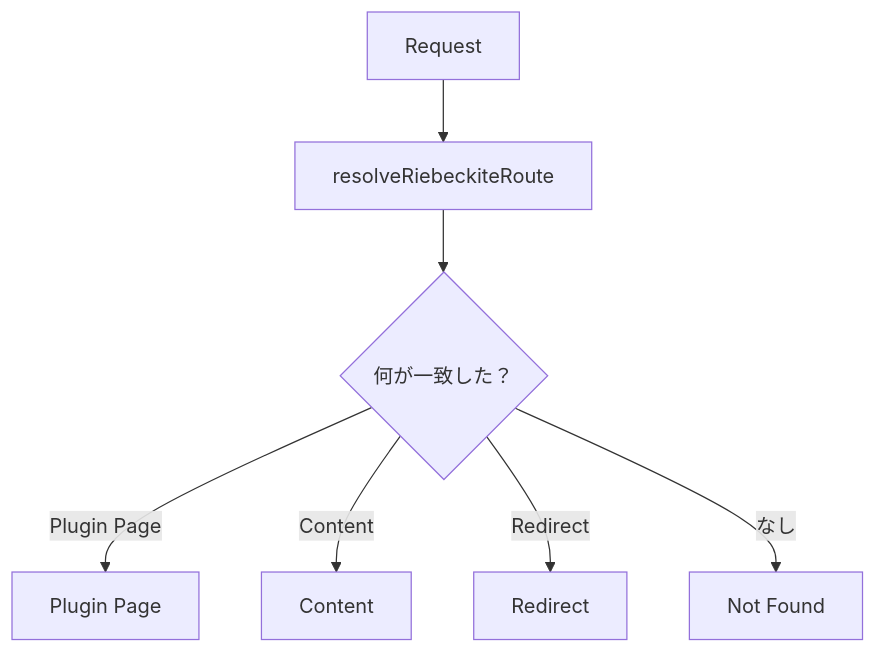
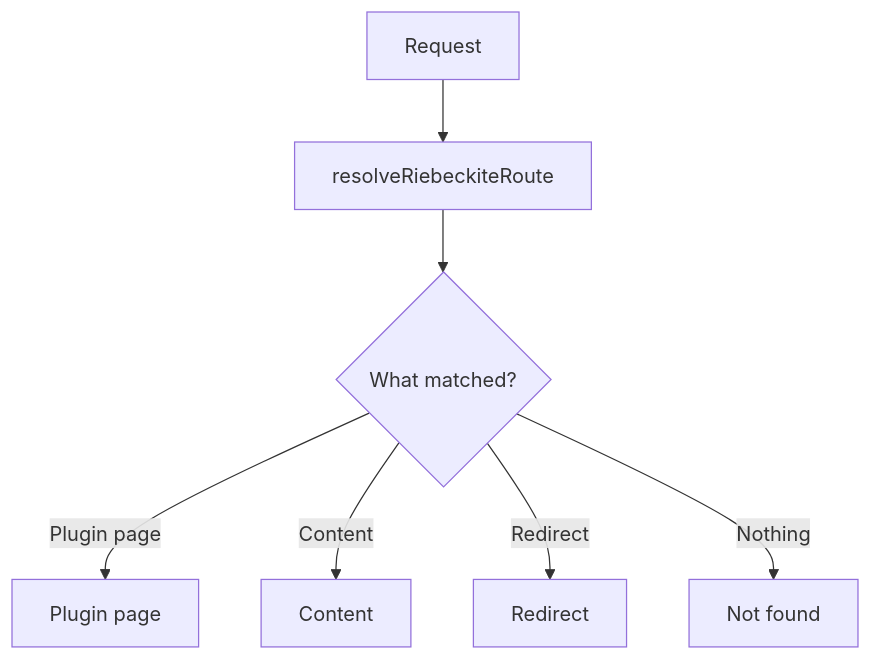
One commit to Rerurate514/riebeckite changed the eighth of 14 diagrams in docs/docs/framework/page-system.md. Above: the diagram before and after it, drawn with Mermaid. The commit also changed other lines of this file and 604 other files, not shown here.

````diff
--- a/docs/docs/framework/page-system.md
+++ b/docs/docs/framework/page-system.md
@@ -185,14 +194,14 @@
-```mermaid id="r8vl0u"
+```mermaid
 flowchart TD
     Request["Request"]
     Resolver["resolveRiebeckiteRoute"]
 
     Request --> Resolver
 
-    Resolver --> Q{"何が一致した？"}
+    Resolver --> Q{"What matched?"}
 
-    Q -->|"Plugin Page"| Page["Plugin Page"]
+    Q -->|"Plugin page"| Page["Plugin page"]
     Q -->|"Content"| Content["Content"]
     Q -->|"Redirect"| Redirect["Redirect"]
-    Q -->|"なし"| NotFound["Not Found"]
+    Q -->|"Nothing"| NotFound["Not found"]
 ```
````
